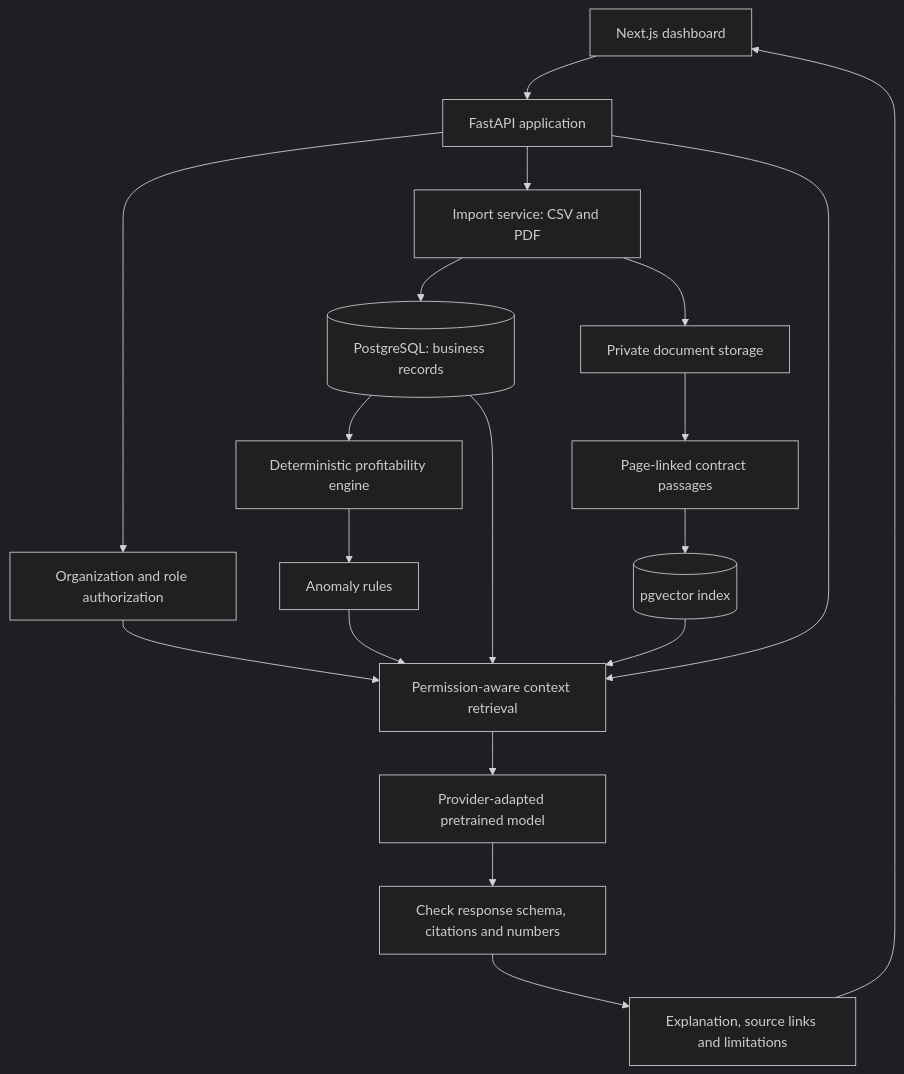
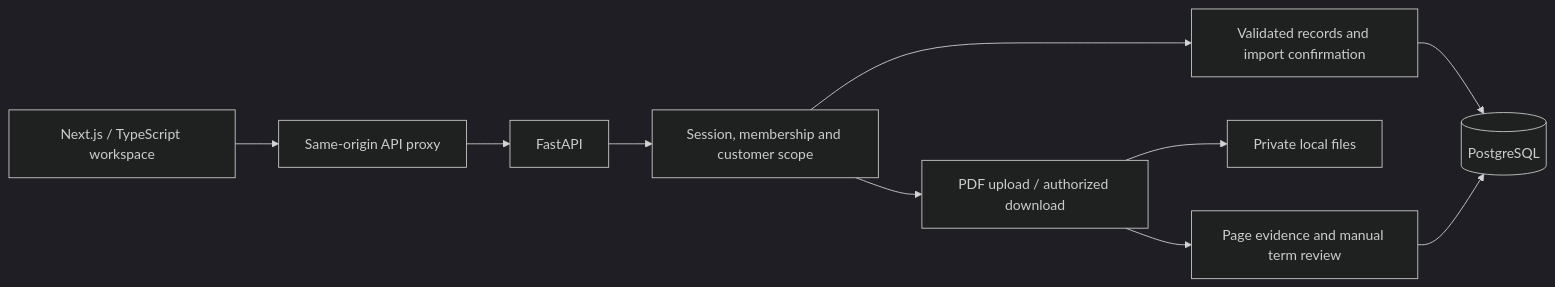
The first of 2 diagrams in docs/ARCHITECTURE.md (karankirtisharma/Profitlens), drawn with Mermaid (dark theme) before and after one commit. The commit also changed other lines of this file and 50 other files, not shown here.

````diff
--- a/docs/ARCHITECTURE.md
+++ b/docs/ARCHITECTURE.md
@@ -7,21 +7,12 @@
 ```mermaid
-flowchart TB
-  UI[Next.js dashboard] --> API[FastAPI application]
-  API --> AUTH[Organization and role authorization]
-  API --> INGEST[Import service: CSV and PDF]
-  INGEST --> DB[(PostgreSQL: business records)]
-  INGEST --> STORE[Private document storage]
-  STORE --> CHUNKS[Page-linked contract passages]
-  CHUNKS --> VEC[(pgvector index)]
-  DB --> CALC[Deterministic profitability engine]
-  CALC --> RULES[Anomaly rules]
-  API --> RETRIEVE[Permission-aware context retrieval]
-  AUTH --> RETRIEVE
-  DB --> RETRIEVE
-  VEC --> RETRIEVE
-  RULES --> RETRIEVE
-  RETRIEVE --> LLM[Provider-adapted pretrained model]
-  LLM --> VERIFY[Check response schema, citations and numbers]
-  VERIFY --> EVIDENCE[Explanation, source links and limitations]
-  EVIDENCE --> UI
+flowchart LR
+  Browser[Next.js / TypeScript workspace] --> Proxy[Same-origin API proxy]
+  Proxy --> API[FastAPI]
+  API --> Auth[Session, membership and customer scope]
+  Auth --> Records[Validated records and import confirmation]
+  Records --> DB[(PostgreSQL)]
+  Auth --> PDF[PDF upload / authorized download]
+  PDF --> Storage[Private local files]
+  PDF --> Review[Page evidence and manual term review]
+  Review --> DB
 ```
````
